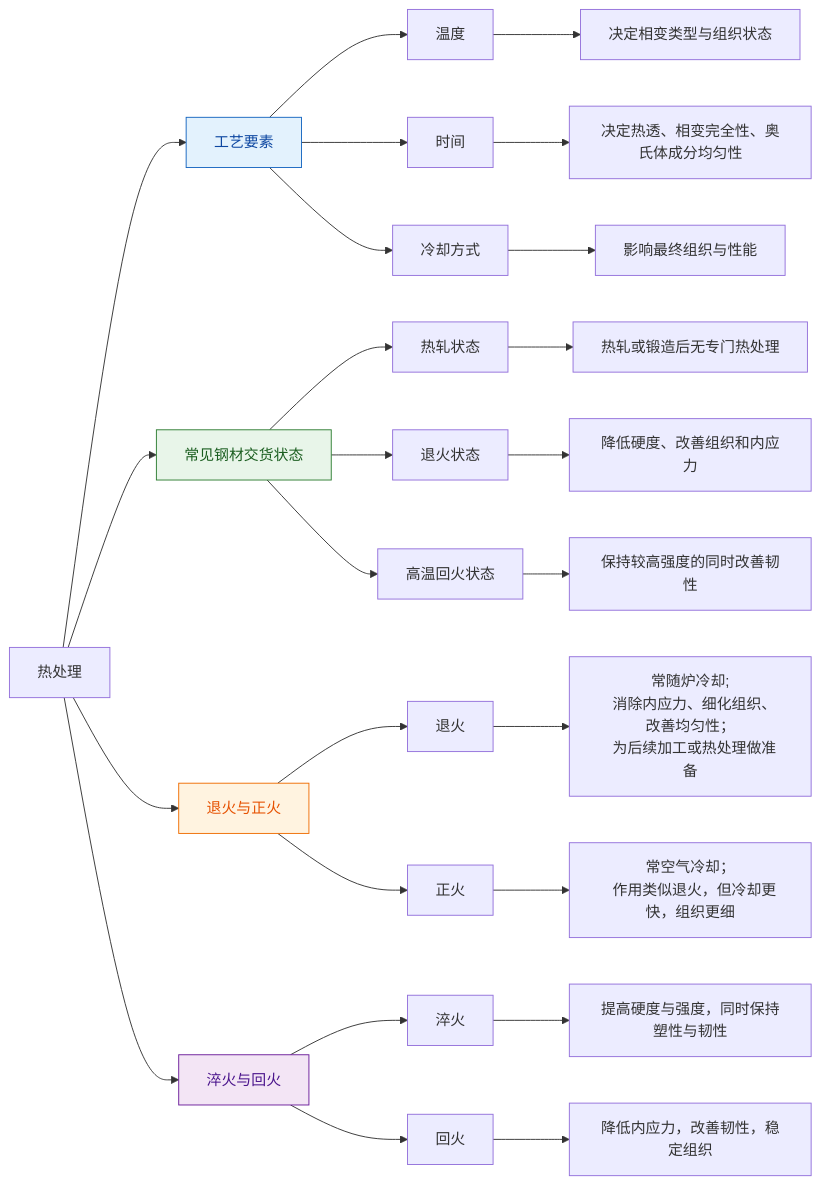
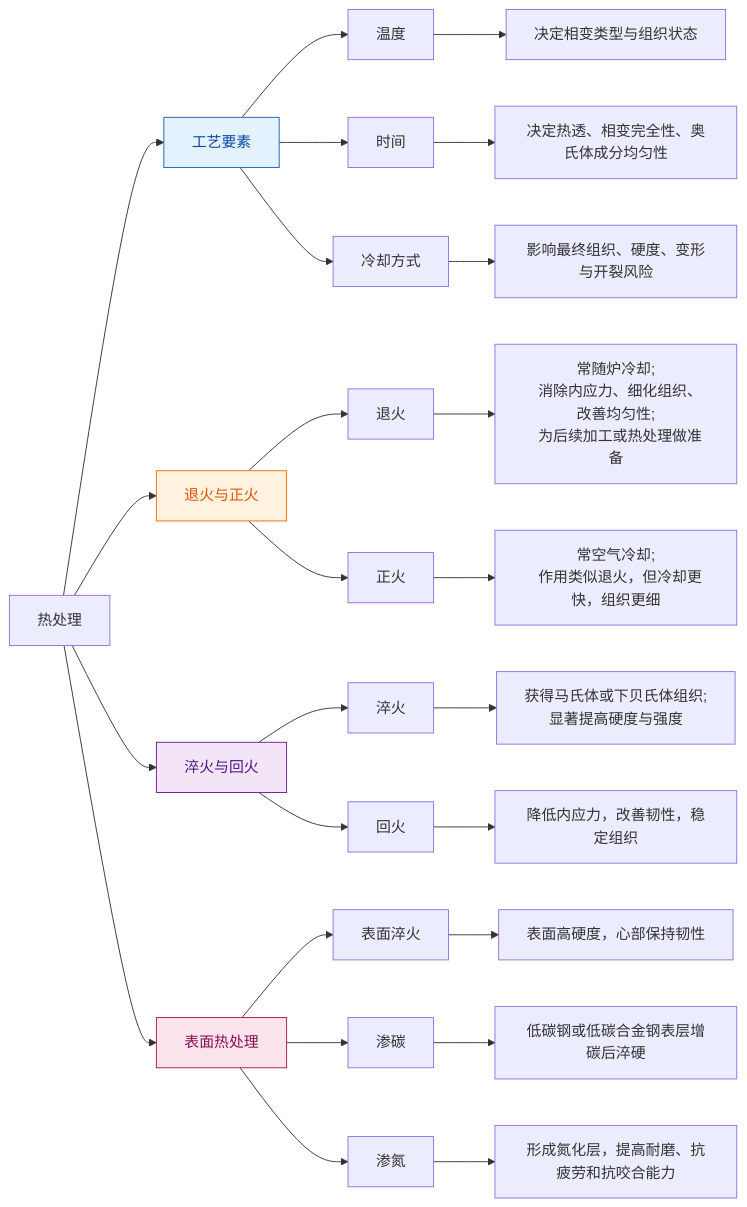
Before and after one commit to bridgezhang123/bridge-between-engineers: the diagram in docs/manufacturing/heat-treatment.md, drawn with Mermaid. The commit also changed other lines of this file and 45 other files, not shown here.

````diff
--- a/docs/manufacturing/heat-treatment.md
+++ b/docs/manufacturing/heat-treatment.md
@@ -8,46 +37,48 @@
 ```mermaid
 flowchart LR
   A["热处理"]
 
   A --> B["工艺要素"]
   B --> B1["温度"]
   B1 --> B11["决定相变类型与组织状态"]
   B --> B2["时间"]
   B2 --> B21["决定热透、相变完全性、奥氏体成分均匀性"]
   B --> B3["冷却方式"]
-  B3 --> B31["影响最终组织与性能"]
+  B3 --> B31["影响最终组织、硬度、变形与开裂风险"]
 
-  A --> C["常见钢材交货状态"]
-  C --> C1["热轧状态"]
-  C1 --> C11["热轧或锻造后无专门热处理"]
-  C --> C2["退火状态"]
-  C2 --> C21["降低硬度、改善组织和内应力"]
-  C --> C3["高温回火状态"]
-  C3 --> C31["保持较高强度的同时改善韧性"]
- 
   A --> D["退火与正火"]
   D --> D1["退火"]
   D1 --> D11["常随炉冷却;
-  消除内应力、细化组织、改善均匀性；
+  消除内应力、细化组织、改善均匀性;
   为后续加工或热处理做准备"]
   D --> D2["正火"]
-  D2 --> D21["常空气冷却；
+  D2 --> D21["常空气冷却;
   作用类似退火，但冷却更快，组织更细"]
- 
 
   A --> E["淬火与回火"]
   E --> E1["淬火"]
-  E1 --> E11["提高硬度与强度，同时保持塑性与韧性"]
+  E1 --> E11["获得马氏体或下贝氏体组织;
+  显著提高硬度与强度"]
   E --> E2["回火"]
   E2 --> E21["降低内应力，改善韧性，稳定组织"]
- 
+
+  A --> F["表面热处理"]
+  F --> F1["表面淬火"]
+  F1 --> F11["表面高硬度，心部保持韧性"]
+  F --> F2["渗碳"]
+  F2 --> F21["低碳钢或低碳合金钢表层增碳后淬硬"]
+  F --> F3["渗氮"]
+  F3 --> F31["形成氮化层，提高耐磨、抗疲劳和抗咬合能力"]
+
   classDef Item-B fill:#E3F2FD,stroke:#1565C0,color:#0D47A1;
   classDef Item-C fill:#E8F5E9,stroke:#2E7D32,color:#1B5E20;
   classDef Item-D fill:#FFF3E0,stroke:#EF6C00,color:#E65100;
   classDef Item-E fill:#F3E5F5,stroke:#6A1B9A,color:#4A148C;
+  classDef Item-F fill:#FCE4EC,stroke:#AD1457,color:#880E4F;
 
   class B Item-B;
   class C Item-C;
   class D Item-D;
   class E Item-E;
-```	
+  class F Item-F;
+```
````
